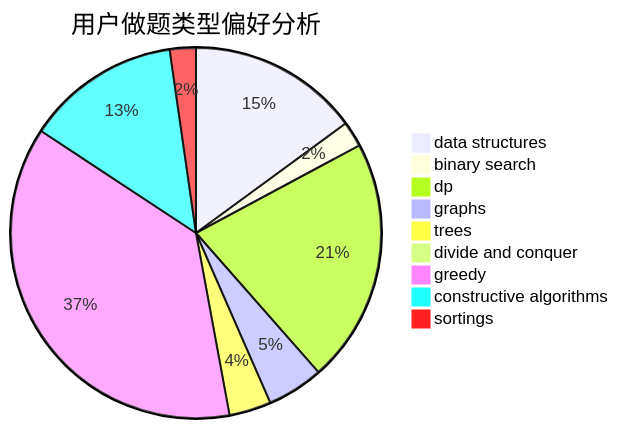
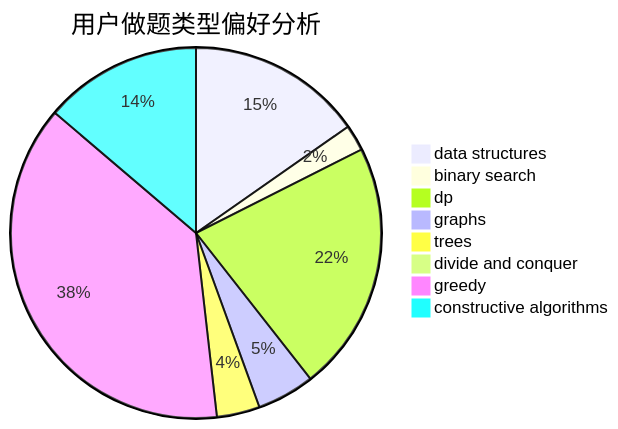
The second of 3 diagrams in docs/user/u430.md (sherpahu/cfrs.github.io), drawn with Mermaid before and after one commit. The commit also changed other lines of this file and 2769 other files, not shown here.

````diff
--- a/docs/user/u430.md
+++ b/docs/user/u430.md
@@ -18,12 +18,11 @@
 ```mermaid
 pie title 用户做题类型偏好分析
     "data structures" :  322
     "binary search" :  48
     "dp" :  460
     "graphs" :  106
     "trees" :  79
     "divide and conquer" :  2
     "greedy" :  801
     "constructive algorithms" :  290
-    "sortings" :  49
 ```
````
